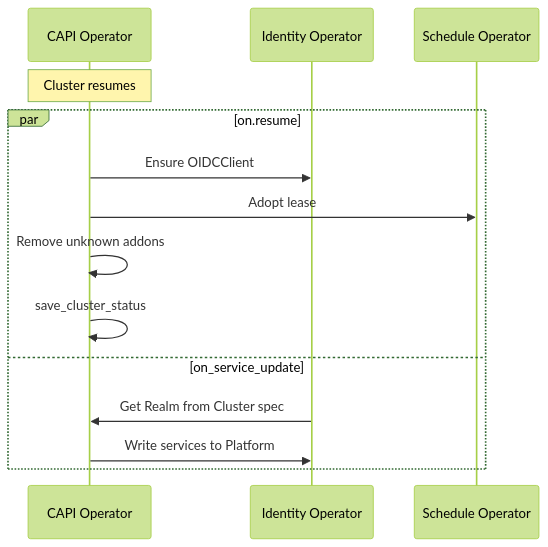
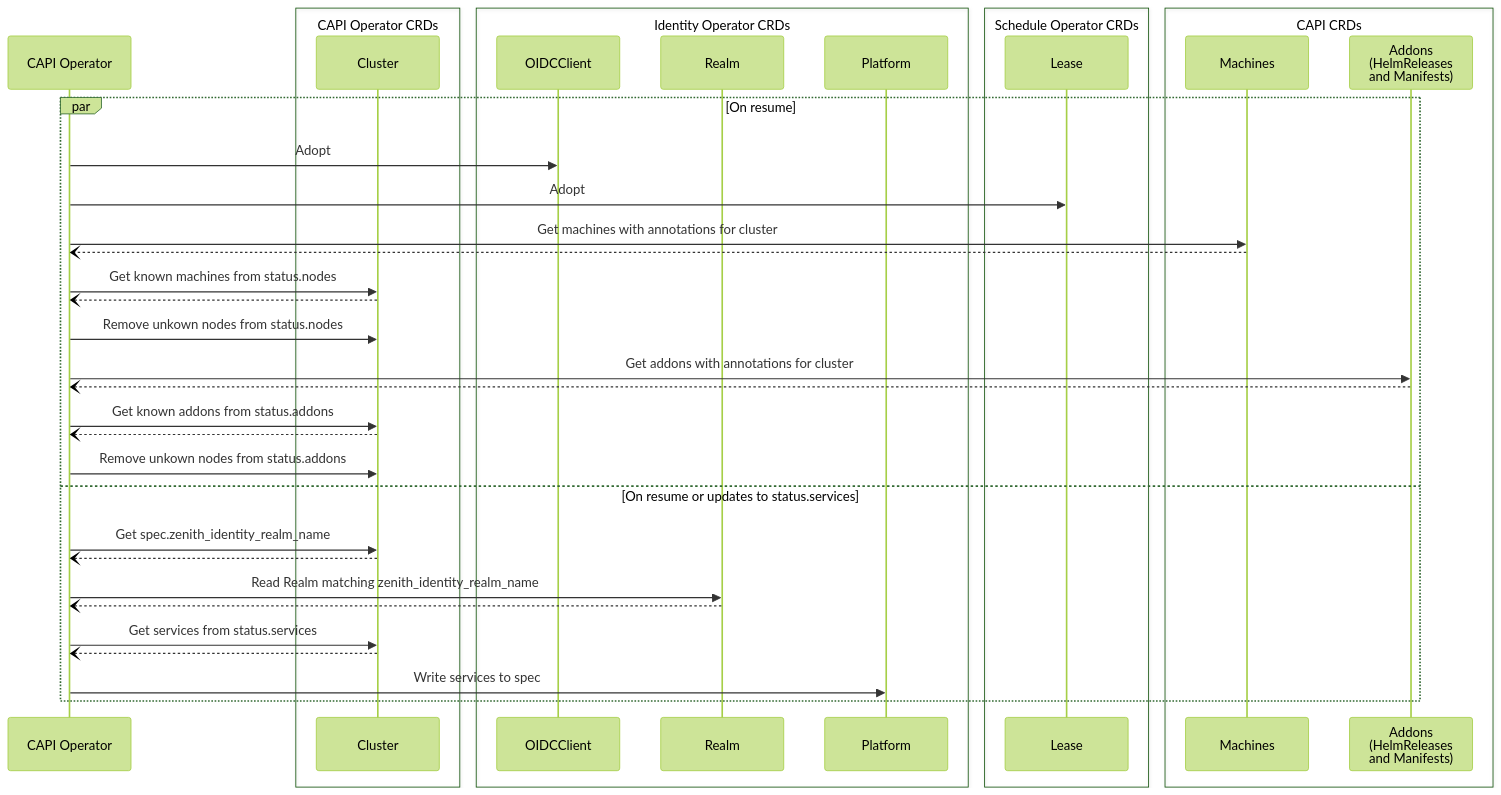
Before and after one commit to azimuth-cloud/azimuth-capi-operator: the second of 2 diagrams in README.md, drawn with Mermaid (forest theme). The commit also changed other lines of this file, not shown here.

Commit message:
updated to be in terms of CRD read/writes

````diff
--- a/README.md
+++ b/README.md
@@ -36,16 +71,41 @@
 ```mermaid
 sequenceDiagram
     participant capi as CAPI Operator
-    participant identity as Identity Operator
-    participant schedule as Schedule Operator
-    note over capi: Cluster resumes
-    par on.resume
-    capi->>identity: Ensure OIDCClient
-    capi->>schedule: Adopt lease
-    capi->>capi: Remove unknown addons
-    capi->>capi: save_cluster_status
-    and on_service_update
-    identity->>capi: Get Realm from Cluster spec
-    capi->>identity: Write services to Platform
+    box CAPI Operator CRDs
+    participant cluster as Cluster
+    end
+    box Identity Operator CRDs
+    participant oidcclient as OIDCClient
+    participant realm as Realm
+    participant platform as Platform
+    end
+    box Schedule Operator CRDs
+    participant lease as Lease
+    end
+    box CAPI CRDs
+    participant machines as Machines
+    participant addons as Addons <br/> (HelmReleases <br/> and Manifests)
+    end
+    par On resume
+      capi->>oidcclient: Adopt
+      capi->>lease: Adopt
+      capi->>machines: Get machines with annotations for cluster
+      machines--)capi:
+      capi->>cluster: Get known machines from status.nodes
+      cluster--)capi:
+      capi->>cluster: Remove unkown nodes from status.nodes
+      capi->>addons: Get addons with annotations for cluster
+      addons--)capi:
+      capi->>cluster: Get known addons from status.addons
+      cluster--)capi:
+      capi->>cluster: Remove unkown nodes from status.addons
+    and On resume or updates to status.services
+      capi->>cluster: Get spec.zenith_identity_realm_name
+      cluster--)capi:
+      capi->>realm: Read Realm matching zenith_identity_realm_name
+      realm--)capi:
+      capi->>cluster: Get services from status.services
+      cluster--)capi:
+      capi->>platform: Write services to spec
     end
 ```
````
